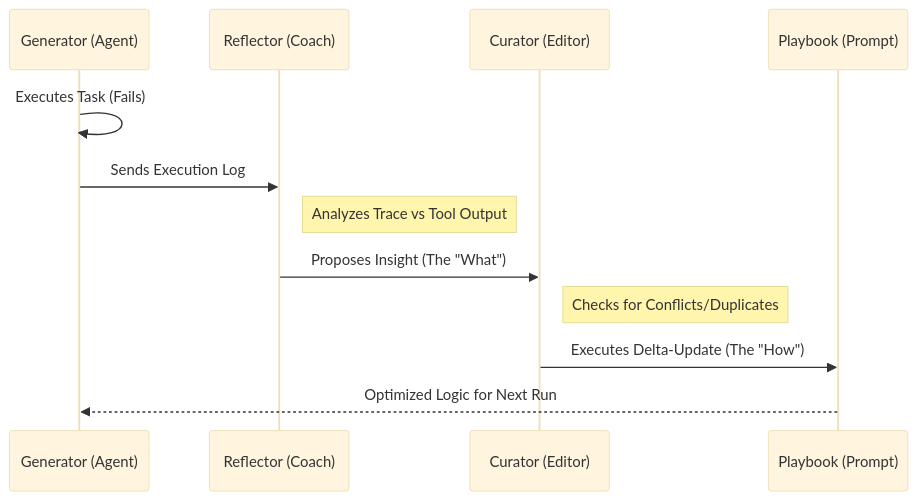
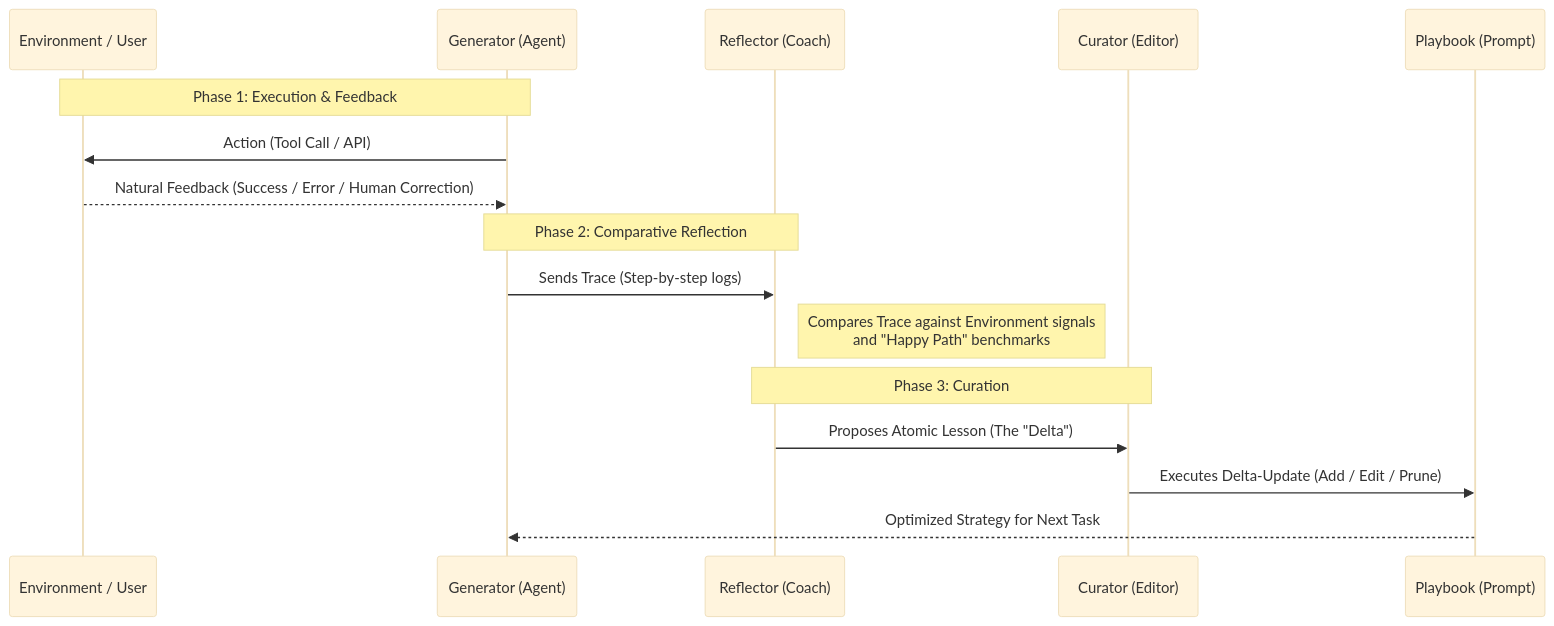
One commit to wwucla/wwucla.github.io changed the diagram in _posts/2026-05-09-evolving-agent.md. Above: the diagram before and after it, drawn with Mermaid (base theme). The commit also changed other lines of this file, not shown here.

````diff
--- a/_posts/2026-05-09-evolving-agent.md
+++ b/_posts/2026-05-09-evolving-agent.md
@@ -44,15 +40,21 @@
 ```mermaid
 sequenceDiagram
+    participant E as Environment / User
     participant G as Generator (Agent)
     participant R as Reflector (Coach)
     participant C as Curator (Editor)
     participant P as Playbook (Prompt)
 
-    G->>G: Executes Task (Fails)
-    G->>R: Sends Execution Log
-    Note right of R: Analyzes Trace vs Tool Output
-    R->>C: Proposes Insight (The "What")
-    Note right of C: Checks for Conflicts/Duplicates
-    C->>P: Executes Delta-Update (The "How")
-    P-->>G: Optimized Logic for Next Run
+    Note over G, E: Phase 1: Execution & Feedback
+    G->>E: Action (Tool Call / API)
+    E-->>G: Natural Feedback (Success / Error / Human Correction)
+    
+    Note over G, R: Phase 2: Comparative Reflection
+    G->>R: Sends Trace (Step-by-step logs)
+    Note right of R: Compares Trace against Environment signals <br/>and "Happy Path" benchmarks
+    
+    Note over R, C: Phase 3: Curation
+    R->>C: Proposes Atomic Lesson (The "Delta")
+    C->>P: Executes Delta-Update (Add / Edit / Prune)
+    P-->>G: Optimized Strategy for Next Task
 ```
````
